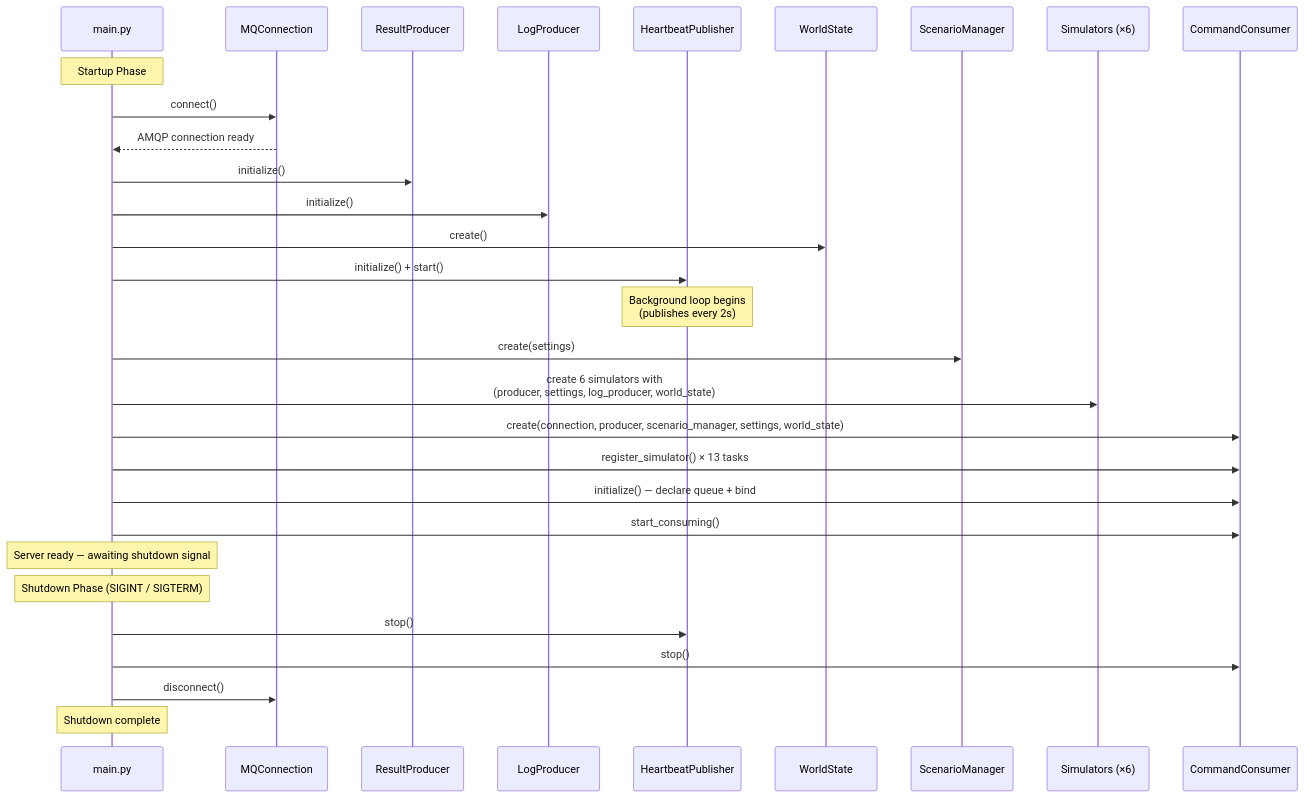
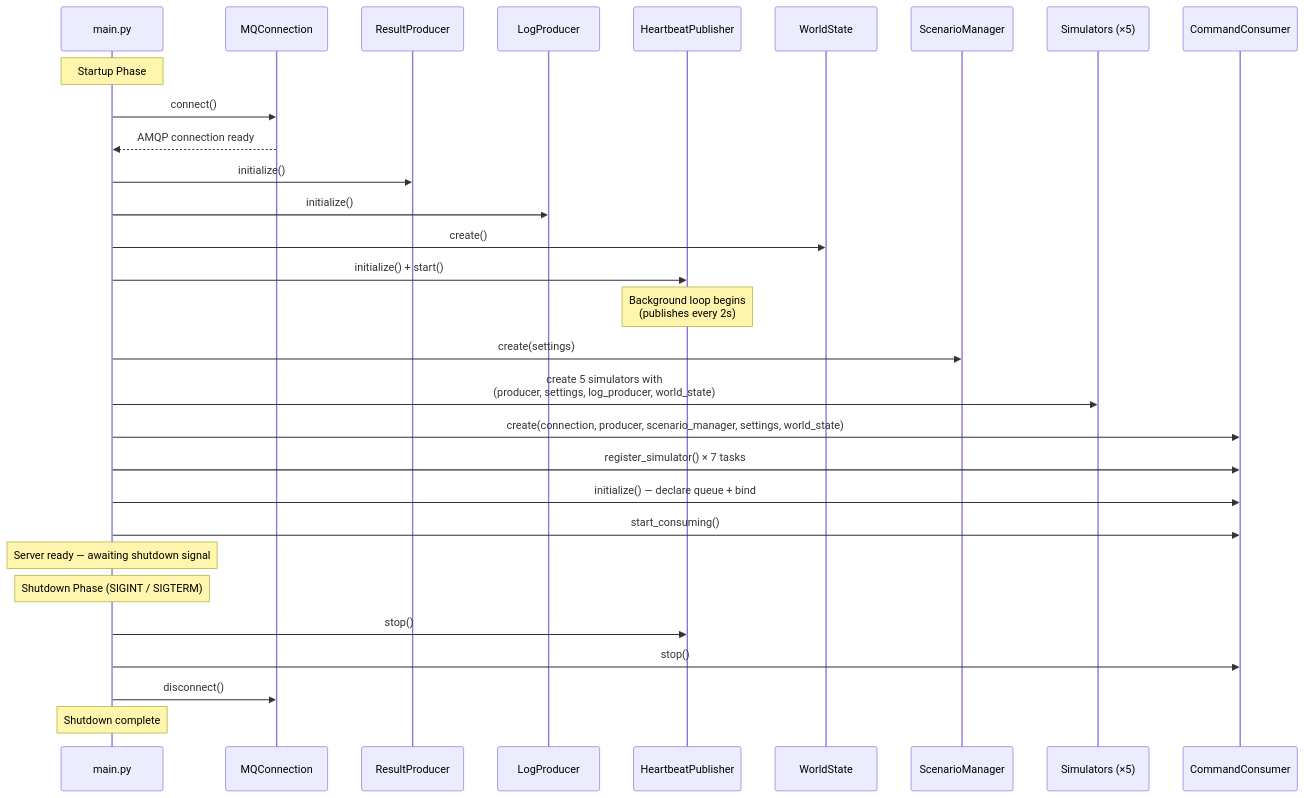
One commit to DrakeZhou97/BIC-mock-exchange-server changed the fourth of 4 diagrams in README.md. Above: the diagram before and after it, drawn with Mermaid. The commit also changed other lines of this file and 14 other files, not shown here.

````diff
--- a/README.md
+++ b/README.md
@@ -311,34 +298,34 @@
 ```mermaid
 sequenceDiagram
     participant Main as main.py
     participant MQ as MQConnection
     participant RP as ResultProducer
     participant LP as LogProducer
     participant HB as HeartbeatPublisher
     participant WS as WorldState
     participant SM as ScenarioManager
-    participant SIM as Simulators (×6)
+    participant SIM as Simulators (×5)
     participant CC as CommandConsumer
 
     Note over Main: Startup Phase
     Main->>MQ: connect()
     MQ-->>Main: AMQP connection ready
     Main->>RP: initialize()
     Main->>LP: initialize()
     Main->>WS: create()
     Main->>HB: initialize() + start()
     Note over HB: Background loop begins<br/>(publishes every 2s)
     Main->>SM: create(settings)
-    Main->>SIM: create 6 simulators with<br/>(producer, settings, log_producer, world_state)
+    Main->>SIM: create 5 simulators with<br/>(producer, settings, log_producer, world_state)
     Main->>CC: create(connection, producer, scenario_manager, settings, world_state)
-    Main->>CC: register_simulator() × 13 tasks
+    Main->>CC: register_simulator() × 7 tasks
     Main->>CC: initialize() — declare queue + bind
     Main->>CC: start_consuming()
     Note over Main: Server ready — awaiting shutdown signal
 
     Note over Main: Shutdown Phase (SIGINT / SIGTERM)
     Main->>HB: stop()
     Main->>CC: stop()
     Main->>MQ: disconnect()
     Note over Main: Shutdown complete
 ```
````
